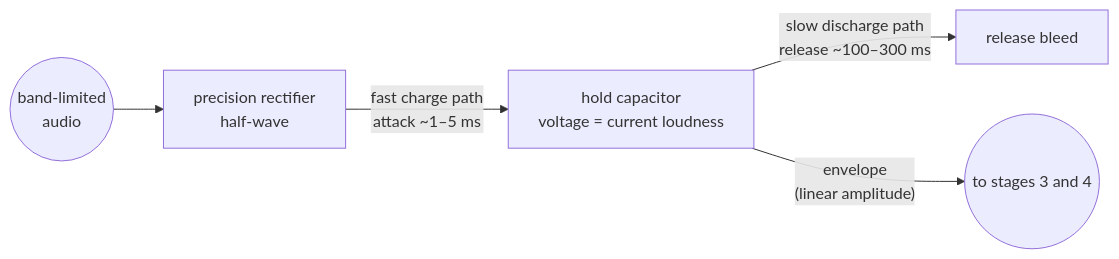
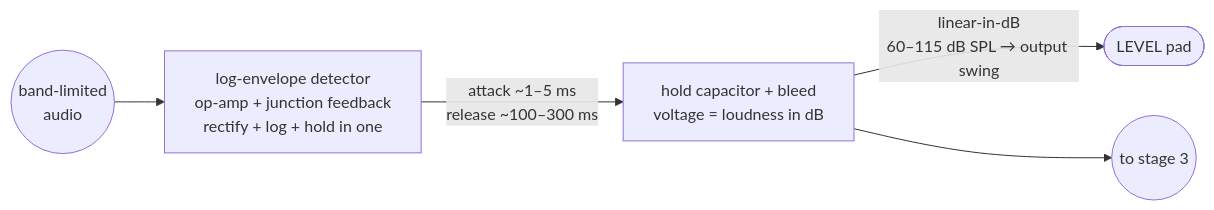
One commit to zackees/soundwake changed the fourth of 6 diagrams in README.md. Above: the diagram before and after it, drawn with Mermaid. The commit also changed other lines of this file, not shown here.

````diff
--- a/README.md
+++ b/README.md
@@ -123,7 +127,7 @@
 ```mermaid
 flowchart LR
-    S2IN(("band-limited<br/>audio")) --> RECT["precision rectifier<br/>half-wave"]
-    RECT -->|"fast charge path<br/>attack ~1–5 ms"| CAP["hold capacitor<br/>voltage = current loudness"]
-    CAP -->|"slow discharge path<br/>release ~100–300 ms"| BLEED["release bleed"]
-    CAP -->|"envelope<br/>(linear amplitude)"| S2OUT(("to stages 3 and 4"))
+    S2IN(("band-limited<br/>audio")) --> LE["log-envelope detector<br/>op-amp + junction feedback<br/>rectify + log + hold in one"]
+    LE -->|"attack ~1–5 ms<br/>release ~100–300 ms"| HOLD["hold capacitor + bleed<br/>voltage = loudness in dB"]
+    HOLD -->|"linear-in-dB<br/>60–115 dB SPL → output swing"| LVPAD(["LEVEL pad"])
+    HOLD --> S2OUT(("to stage 3"))
 ```
````
